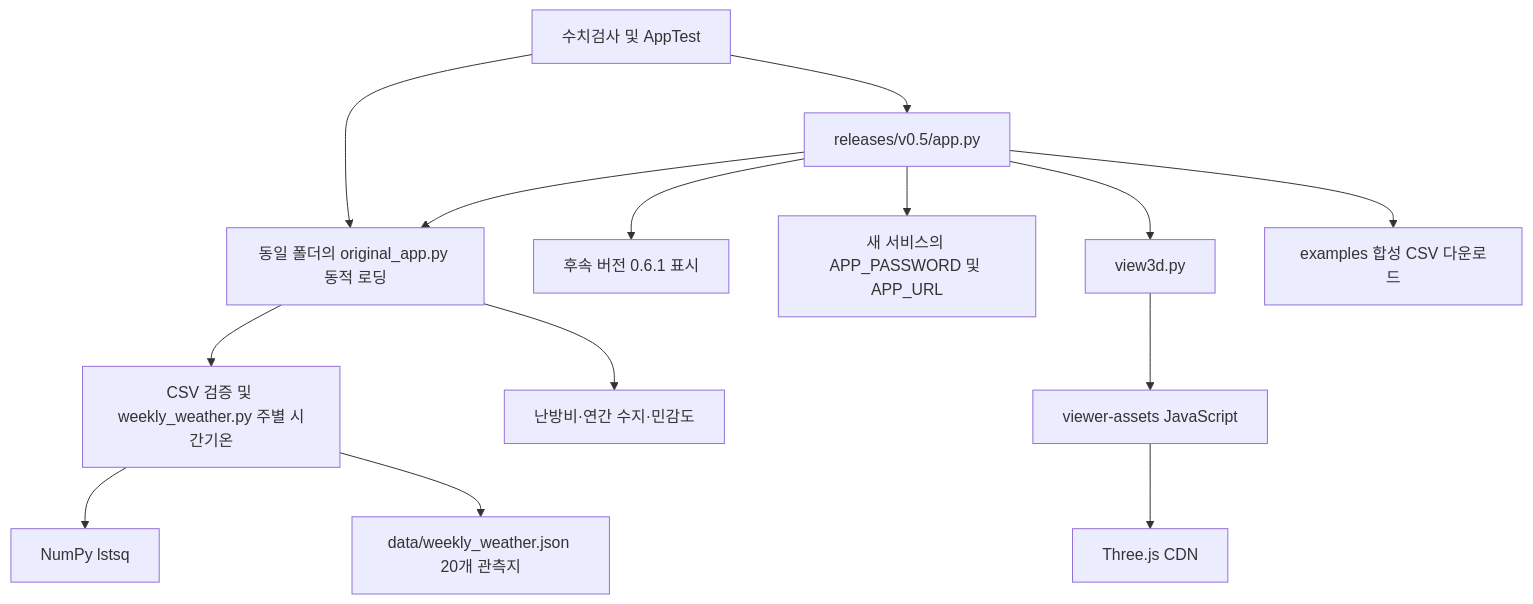
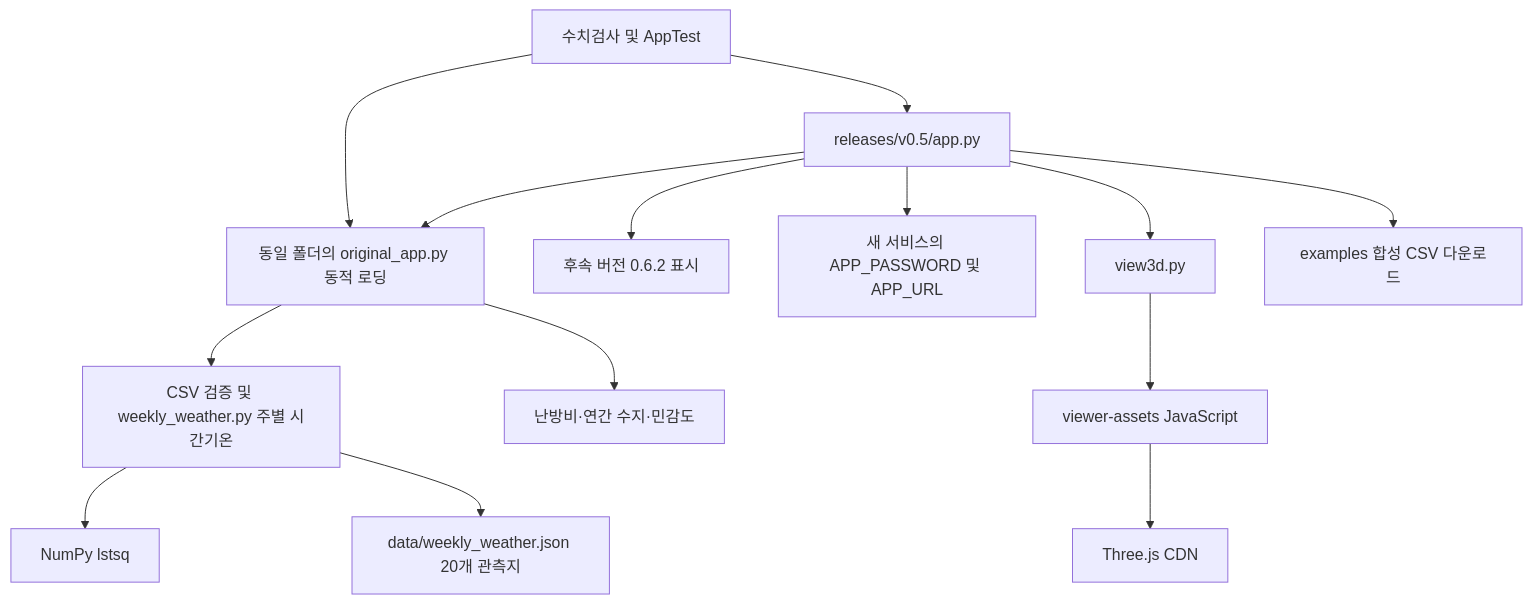
Before and after one commit to kuk-jong/fig-heating-decision-app: the fourth of 5 diagrams in releases/v0.5/docs/APP_BLUEPRINT.md, drawn with Mermaid. The commit also changed other lines of this file and 6 other files, not shown here.

Commit message:
Refresh deployed entry point with v0.6.2 version marker

````diff
--- a/releases/v0.5/docs/APP_BLUEPRINT.md
+++ b/releases/v0.5/docs/APP_BLUEPRINT.md
@@ -205,16 +205,16 @@
 ```mermaid
 flowchart TD
     entry["releases/v0.5/app.py"] --> core["동일 폴더의 original_app.py 동적 로딩"]
-    entry --> version["후속 버전 0.6.1 표시"]
+    entry --> version["후속 버전 0.6.2 표시"]
     entry --> config["새 서비스의 APP_PASSWORD 및 APP_URL"]
     core --> regress["CSV 검증 및 weekly_weather.py 주별 시간기온"]
     regress --> numpy["NumPy lstsq"]
     regress --> bundled["data/weekly_weather.json 20개 관측지"]
     core --> heating["난방비·연간 수지·민감도"]
     entry --> component["view3d.py"]
     component --> assets["viewer-assets JavaScript"]
     assets --> cdn["Three.js CDN"]
     entry --> sample["examples 합성 CSV 다운로드"]
     tests["수치검사 및 AppTest"] --> core
     tests --> entry
 ```
````
